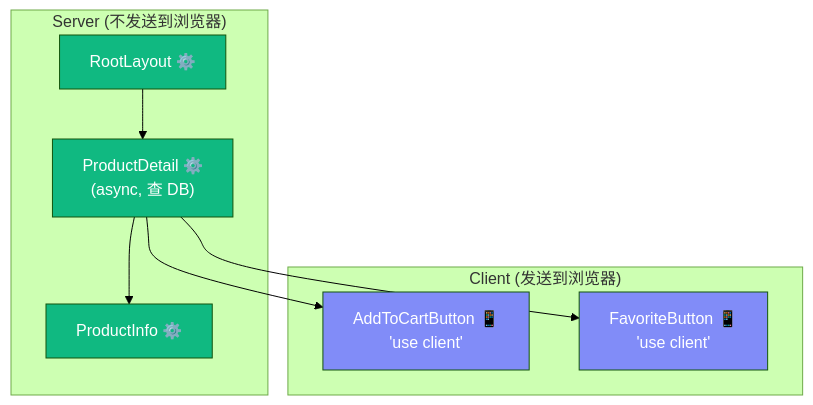
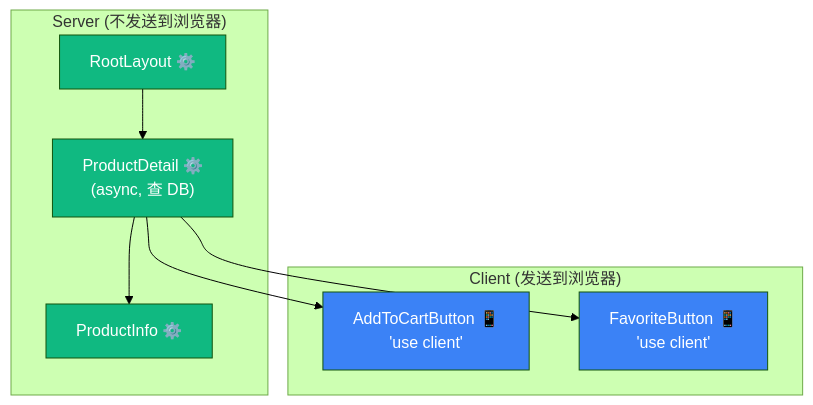
The second of 4 diagrams in docs/Lesson_18.md (boltguo/react_learn), drawn with Mermaid (forest theme) before and after one commit. The commit also changed other lines of this file and 31 other files, not shown here.

Commit message:
docs: 统一Mermaid术语与配色层级

````diff
--- a/docs/Lesson_18.md
+++ b/docs/Lesson_18.md
@@ -193,24 +205,24 @@
 ```mermaid
 flowchart TB
     subgraph "Server (不发送到浏览器)"
         Layout["RootLayout ⚙️"]
         Page["ProductDetail ⚙️<br/>(async, 查 DB)"]
         Info["ProductInfo ⚙️"]
     end
     
     subgraph "Client (发送到浏览器)"
         Cart["AddToCartButton 📱<br/>'use client'"]
         Fav["FavoriteButton 📱<br/>'use client'"]
     end
     
     Layout --> Page
     Page --> Info
     Page --> Cart
     Page --> Fav
     
     style Layout fill:#10b981,color:#fff
     style Page fill:#10b981,color:#fff
     style Info fill:#10b981,color:#fff
-    style Cart fill:#818cf8,color:#fff
-    style Fav fill:#818cf8,color:#fff
+    style Cart fill:#3b82f6,color:#fff
+    style Fav fill:#3b82f6,color:#fff
 ```
````
